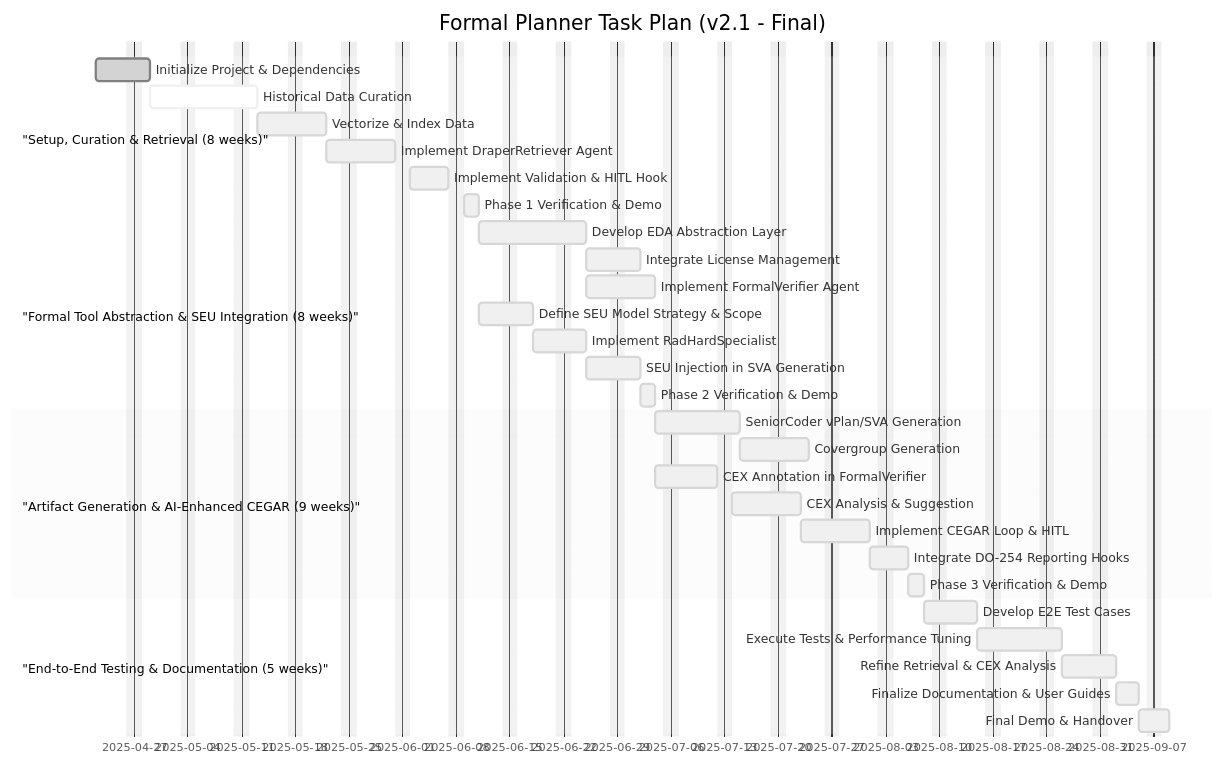
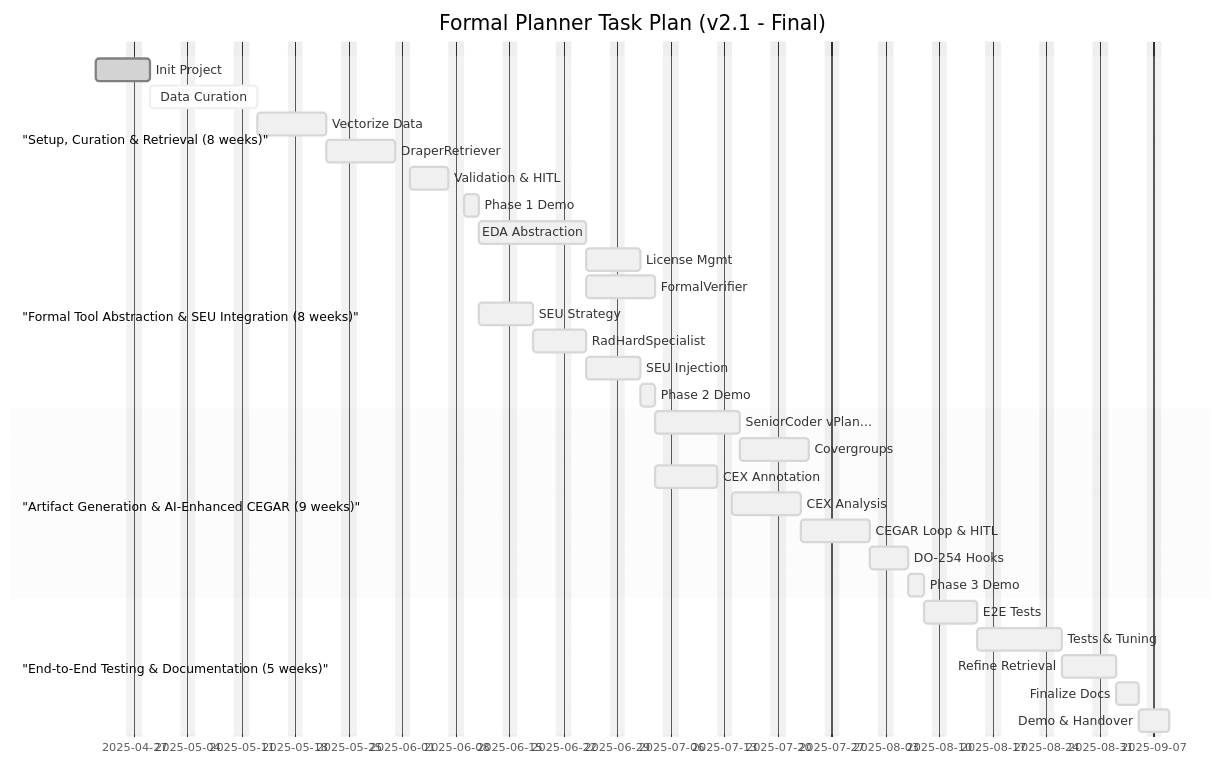
The diagram in draper_formal_planner/task.md (grahama1970/draper), drawn with Mermaid before and after one commit. The commit also changed 84 other files, not shown here.

````diff
--- a/draper_formal_planner/task.md
+++ b/draper_formal_planner/task.md
@@ -55,40 +55,40 @@
 ```mermaid
 %%{init: {'theme': 'base', 'themeVariables': { 'primaryColor': '#f0f0f0'}}}%%
 gantt
     dateFormat  YYYY-MM-DD
     title       Formal Planner Task Plan (v2.1 - Final)
     excludes    weekends
 
     section "Setup, Curation & Retrieval (8 weeks)"
-    Initialize Project & Dependencies          :done, P1T1, 2025-04-22, 5d
-    Historical Data Curation                   :active, P1T2, after P1T1, 10d
-    Vectorize & Index Data                     :P1T3, after P1T2, 7d
-    Implement DraperRetriever Agent            :P1T4, after P1T3, 7d
-    Implement Validation & HITL Hook           :P1T5, after P1T4, 5d
-    Phase 1 Verification & Demo                :P1T6, after P1T5, 2d
+    Init Project                              :done, P1T1, 2025-04-22, 5d
+    Data Curation                             :active, P1T2, after P1T1, 10d
+    Vectorize Data                            :P1T3, after P1T2, 7d
+    DraperRetriever                           :P1T4, after P1T3, 7d
+    Validation & HITL                        :P1T5, after P1T4, 5d
+    Phase 1 Demo                              :P1T6, after P1T5, 2d
 
     section "Formal Tool Abstraction & SEU Integration (8 weeks)"
-    Develop EDA Abstraction Layer              :P2T1, after P1T6, 10d
-    Integrate License Management               :P2T2, after P2T1, 5d
-    Implement FormalVerifier Agent             :P2T3, after P2T1, 7d
-    Define SEU Model Strategy & Scope          :P2T4, after P1T6, 5d
-    Implement RadHardSpecialist                :P2T5, after P2T4, 5d
-    SEU Injection in SVA Generation            :P2T6, after P2T5, 5d
-    Phase 2 Verification & Demo                :P2T7, after P2T6, 2d
+    EDA Abstraction                           :P2T1, after P1T6, 10d
+    License Mgmt                              :P2T2, after P2T1, 5d
+    FormalVerifier                            :P2T3, after P2T1, 7d
+    SEU Strategy                              :P2T4, after P1T6, 5d
+    RadHardSpecialist                         :P2T5, after P2T4, 5d
+    SEU Injection                             :P2T6, after P2T5, 5d
+    Phase 2 Demo                              :P2T7, after P2T6, 2d
 
     section "Artifact Generation & AI-Enhanced CEGAR (9 weeks)"
-    SeniorCoder vPlan/SVA Generation           :P3T1, after P2T7, 7d
-    Covergroup Generation                      :P3T2, after P3T1, 7d
-    CEX Annotation in FormalVerifier           :P3T3, after P2T7, 6d
-    CEX Analysis & Suggestion                  :P3T4, after P3T3, 7d
-    Implement CEGAR Loop & HITL                :P3T5, after P3T4, 7d
-    Integrate DO-254 Reporting Hooks           :P3T6, after P3T5, 3d
-    Phase 3 Verification & Demo                :P3T7, after P3T6, 2d
+    SeniorCoder vPlan…                      :P3T1, after P2T7, 7d
+    Covergroups                              :P3T2, after P3T1, 7d
+    CEX Annotation                           :P3T3, after P2T7, 6d
+    CEX Analysis                             :P3T4, after P3T3, 7d
+    CEGAR Loop & HITL                       :P3T5, after P3T4, 7d
+    DO-254 Hooks                            :P3T6, after P3T5, 3d
+    Phase 3 Demo                            :P3T7, after P3T6, 2d
 
     section "End-to-End Testing & Documentation (5 weeks)"
-    Develop E2E Test Cases                     :P4T1, after P3T7, 5d
-    Execute Tests & Performance Tuning         :P4T2, after P4T1, 7d
-    Refine Retrieval & CEX Analysis            :P4T3, after P4T2, 5d
-    Finalize Documentation & User Guides       :P4T4, after P4T3, 3d
-    Final Demo & Handover                     :P4T5, after P4T4, 2d
+    E2E Tests                                :P4T1, after P3T7, 5d
+    Tests & Tuning                          :P4T2, after P4T1, 7d
+    Refine Retrieval                         :P4T3, after P4T2, 5d
+    Finalize Docs                            :P4T4, after P4T3, 3d
+    Demo & Handover                         :P4T5, after P4T4, 2d
 ```
````
